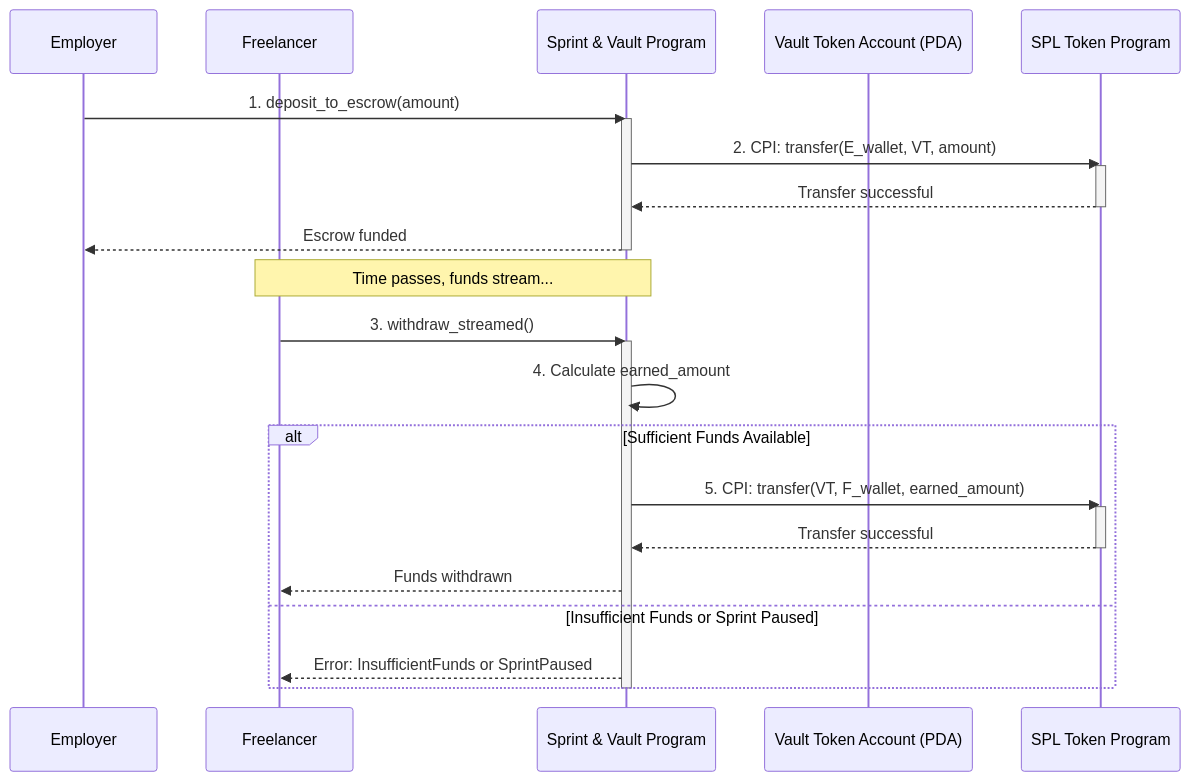
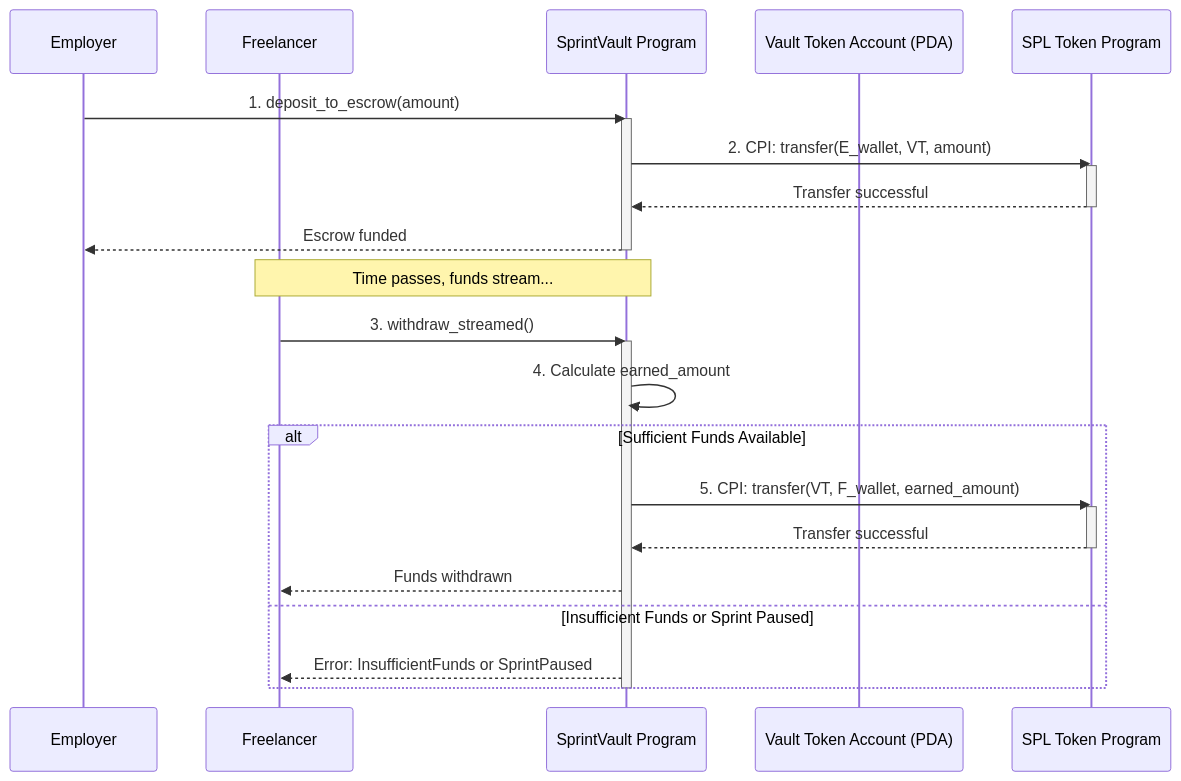
The fourth of 4 diagrams in capstone/Q32025-3-Architecture.md (solana-turbin3/Q3_25_Builder_AQuental), drawn with Mermaid before and after one commit. The commit also changed other lines of this file, not shown here.

Commit message:
Update SprintVault reference

````diff
--- a/capstone/Q32025-3-Architecture.md
+++ b/capstone/Q32025-3-Architecture.md
@@ -272,34 +272,34 @@
 ```mermaid
 sequenceDiagram
     participant E as Employer
     participant F as Freelancer
-    participant SV as Sprint & Vault Program
+    participant SV as SprintVault Program
     participant VT as Vault Token Account (PDA)
     participant SPL as SPL Token Program
 
     E->>SV: 1. deposit_to_escrow(amount)
     activate SV
     SV->>SPL: 2. CPI: transfer(E_wallet, VT, amount)
     activate SPL
     SPL-->>SV: Transfer successful
     deactivate SPL
     SV-->>E: Escrow funded
     deactivate SV
 
     Note over F, SV: Time passes, funds stream...
 
     F->>SV: 3. withdraw_streamed()
     activate SV
     SV->>SV: 4. Calculate earned_amount
 
     alt Sufficient Funds Available
         SV->>SPL: 5. CPI: transfer(VT, F_wallet, earned_amount)
         activate SPL
         SPL-->>SV: Transfer successful
         deactivate SPL
         SV-->>F: Funds withdrawn
     else Insufficient Funds or Sprint Paused
         SV-->>F: Error: InsufficientFunds or SprintPaused
     end
     deactivate SV
 ```
````
